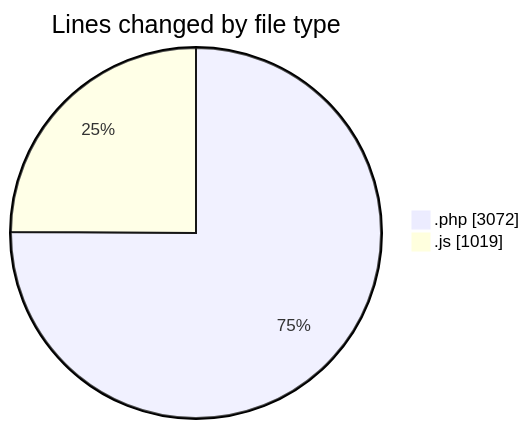
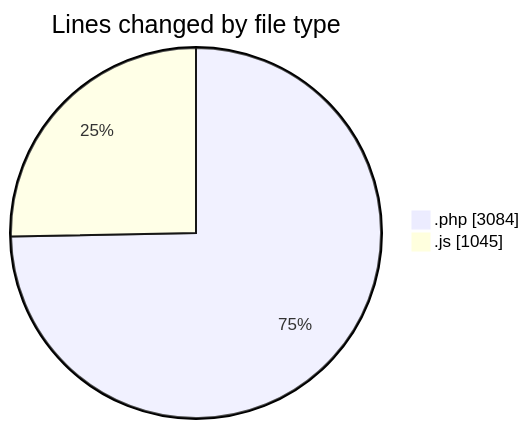
Before and after one commit to debugP/code-tracking: the first of 2 diagrams in 2026-07-24/untitled__workspace_/README.md, drawn with Mermaid. The commit also changed other lines of this file and 1 other file, not shown here.

````diff
--- a/2026-07-24/untitled__workspace_/README.md
+++ b/2026-07-24/untitled__workspace_/README.md
@@ -22,6 +22,6 @@
 ```mermaid
 pie showData
 title Lines changed by file type
-".php" : 3072
-".js" : 1019
+".php" : 3084
+".js" : 1045
 ```
````
